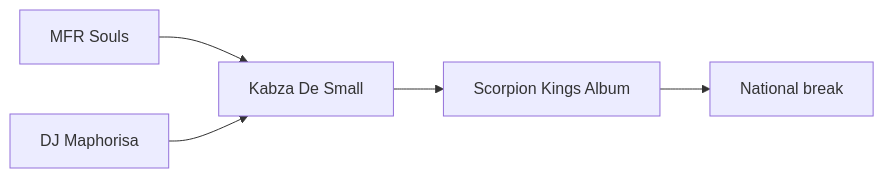
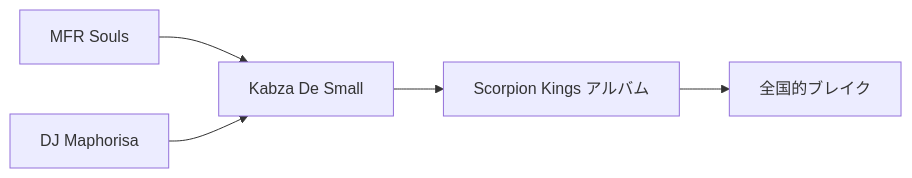
Before and after one commit to monumental-movement/monumental-movement.github.io: the third of 8 diagrams in en/_posts/2025-11-30-column-south-african-amapiano.md, drawn with Mermaid. The commit also changed other lines of this file and 2196 other files, not shown here.

```diff
--- a/en/_posts/2025-11-30-column-south-african-amapiano.md
+++ b/en/_posts/2025-11-30-column-south-african-amapiano.md
@@ -146,7 +146,7 @@
 <div class="mermaid">
 graph LR
     MFR["MFR Souls"] --> KAB["Kabza De Small"]
     MAP["DJ Maphorisa"] --> KAB
-    KAB --> SK["Scorpion Kings Album"]
-    SK --> NB["National break"]
+    KAB --> SK["Scorpion Kings アルバム"]
+    SK --> NB["全国的ブレイク"]
 </div>
```
